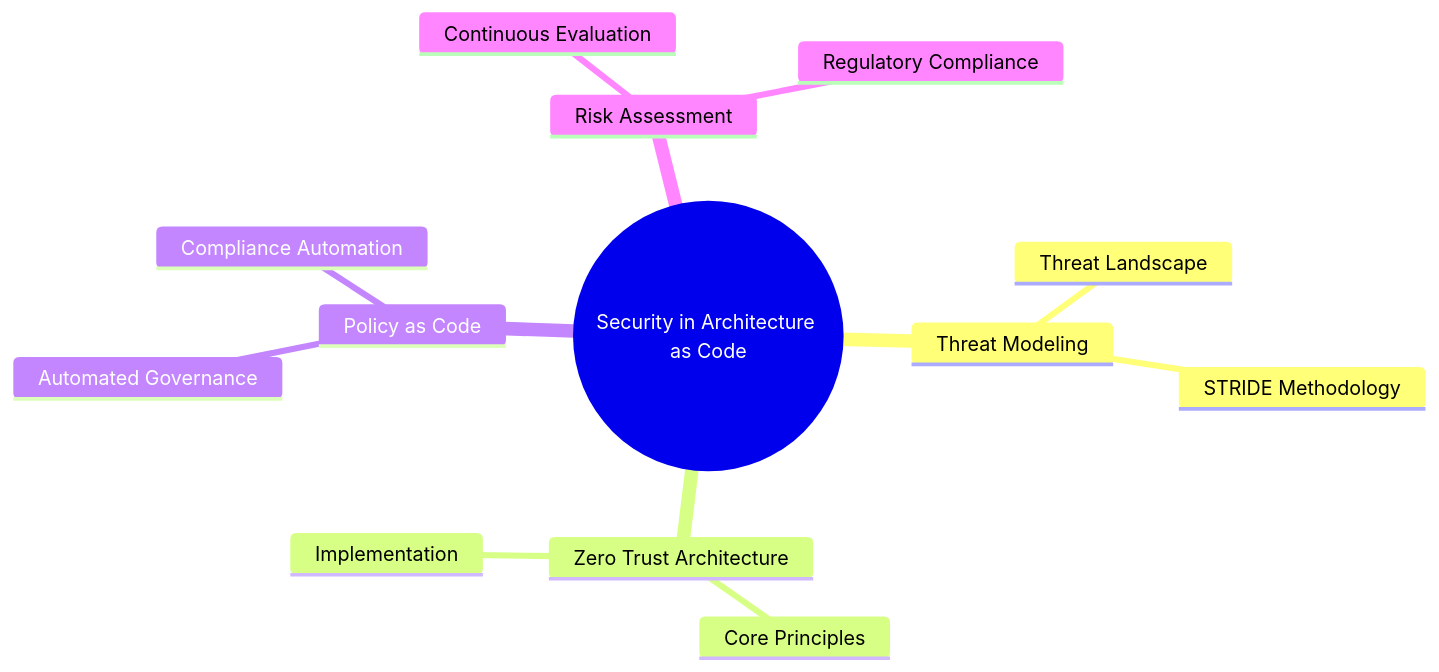
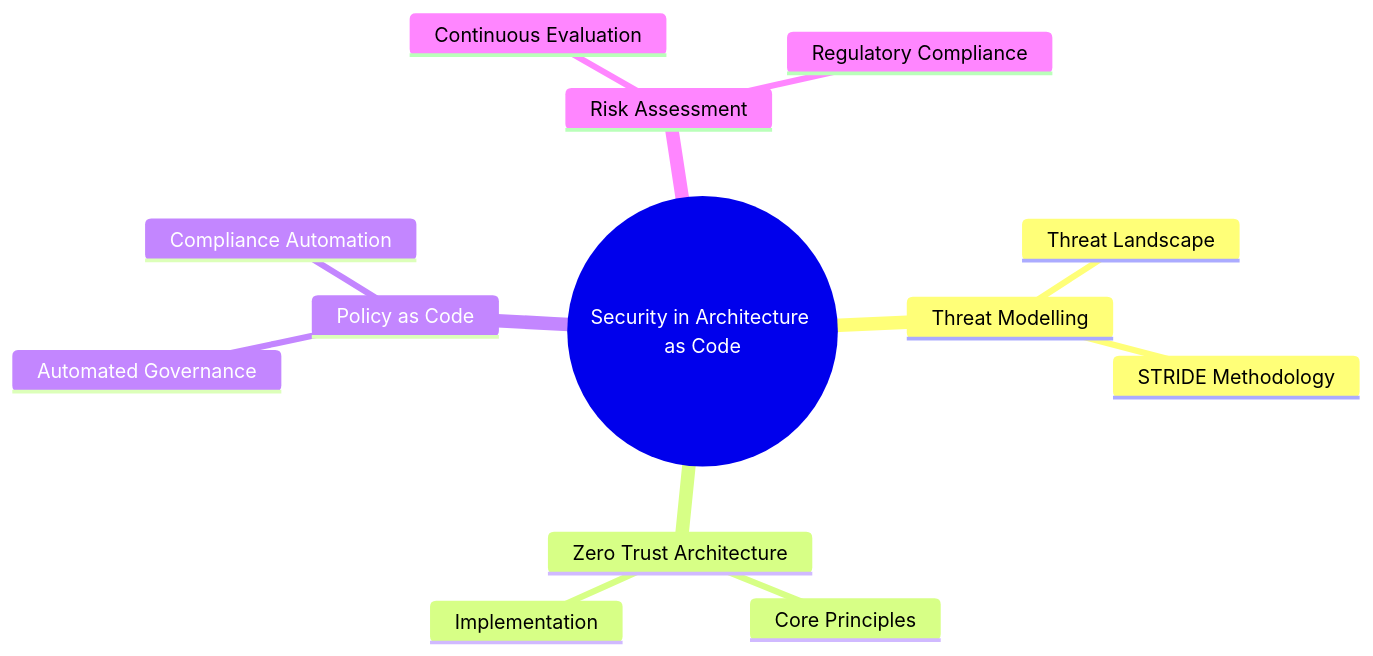
Before and after one commit to Geonitab/architecture_as_code: the diagram in docs/images/mindmap_10_security_overview.mmd, drawn with Mermaid.

Commit message:
Codex auto-fix for issue(s) #929

```diff
--- a/docs/images/mindmap_10_security_overview.mmd
+++ b/docs/images/mindmap_10_security_overview.mmd
@@ -1,15 +1,15 @@
 %%{init: {"theme": "base", "themeVariables": {"primaryColor": "#1E3A8A", "primaryTextColor": "#F8FAFC", "secondaryColor": "#2563EB", "tertiaryColor": "#BFDBFE", "background": "#F8FAFF", "lineColor": "#1E3A8A", "textColor": "#0F172A", "fontFamily": "Inter, 'Segoe UI', sans-serif", "mindmapBranchColor": "#1E3A8A", "mindmapLeafColor": "#2563EB"}}}%%
 mindmap
   root((Security in Architecture as Code))
-    Threat Modeling
+    Threat Modelling
       Threat Landscape
       STRIDE Methodology
     Zero Trust Architecture
       Core Principles
       Implementation
     Policy as Code
       Automated Governance
       Compliance Automation
     Risk Assessment
       Continuous Evaluation
       Regulatory Compliance
```
